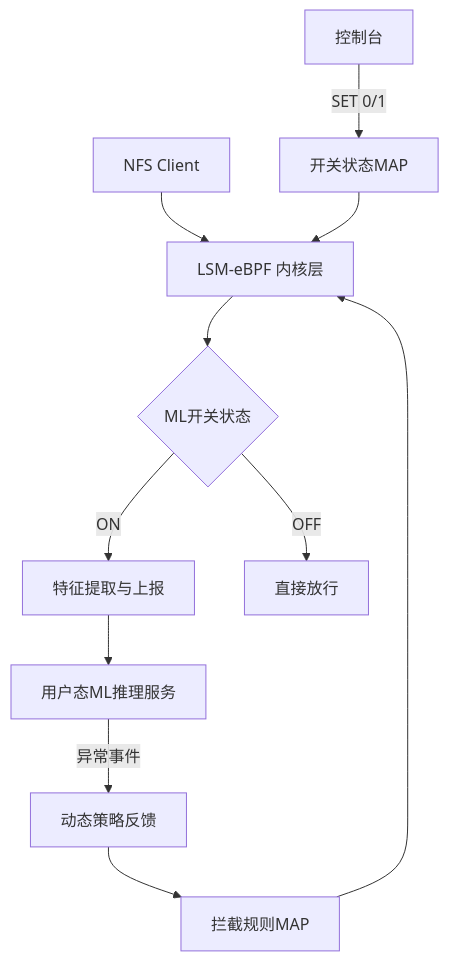
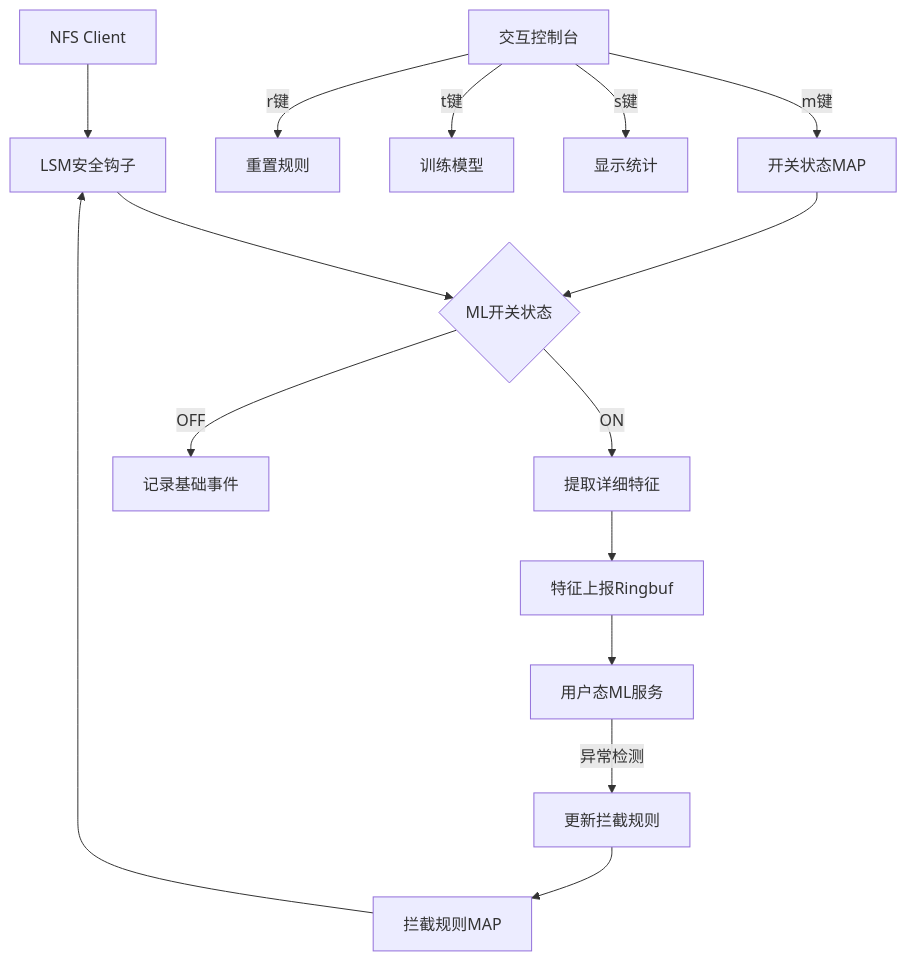
One commit to highermathematics/eBPF_and_NFS changed the diagram in nfs_lsm_framework.md. Above: the diagram before and after it, drawn with Mermaid. The commit also changed other lines of this file, not shown here.

````diff
--- a/nfs_lsm_framework.md
+++ b/nfs_lsm_framework.md
@@ -4,13 +1186,17 @@
 ```mermaid
 graph TD
-    A[NFS Client] --> B[LSM-eBPF 内核层]
+    A[NFS Client] --> B[LSM安全钩子]
     B --> C{ML开关状态}
-    C -->|ON| D[特征提取与上报]
-    C -->|OFF| E[直接放行]
-    D --> F[用户态ML推理服务]
-    F -->|异常事件| G[动态策略反馈]
-    H[控制台] -->|SET 0/1| I[开关状态MAP]
+    C -->|ON| D[提取详细特征]
+    C -->|OFF| E[记录基础事件]
+    D --> F[特征上报Ringbuf]
+    F --> G[用户态ML服务]
+    G -->|异常检测| H[更新拦截规则]
+    H --> I[拦截规则MAP]
     I --> B
-    G --> J[拦截规则MAP]
-    J --> B
+    J[交互控制台] -->|m键| K[开关状态MAP]
+    K --> C
+    J -->|s键| L[显示统计]
+    J -->|t键| M[训练模型]
+    J -->|r键| N[重置规则]
 ```
````
